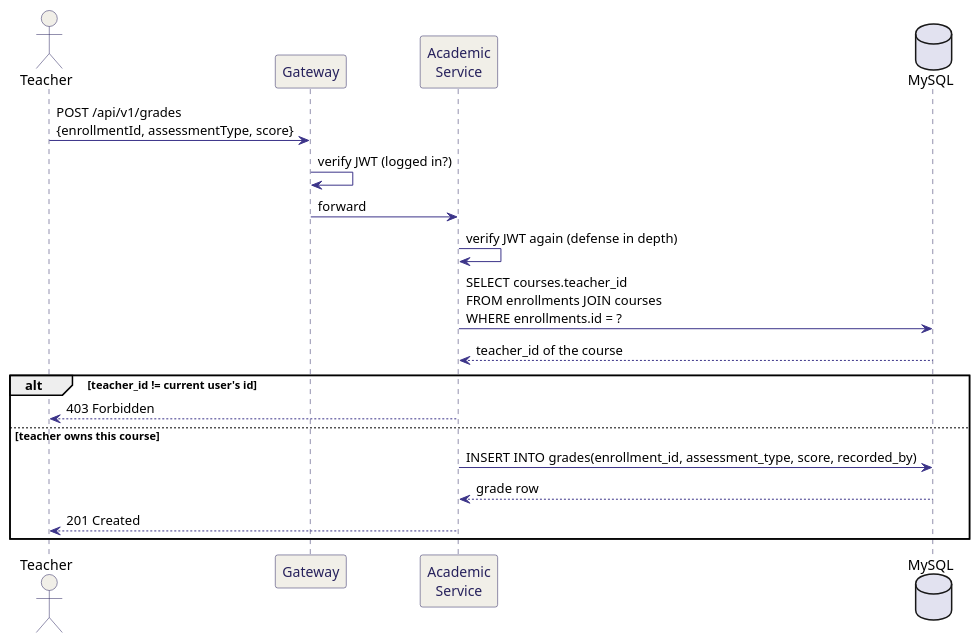
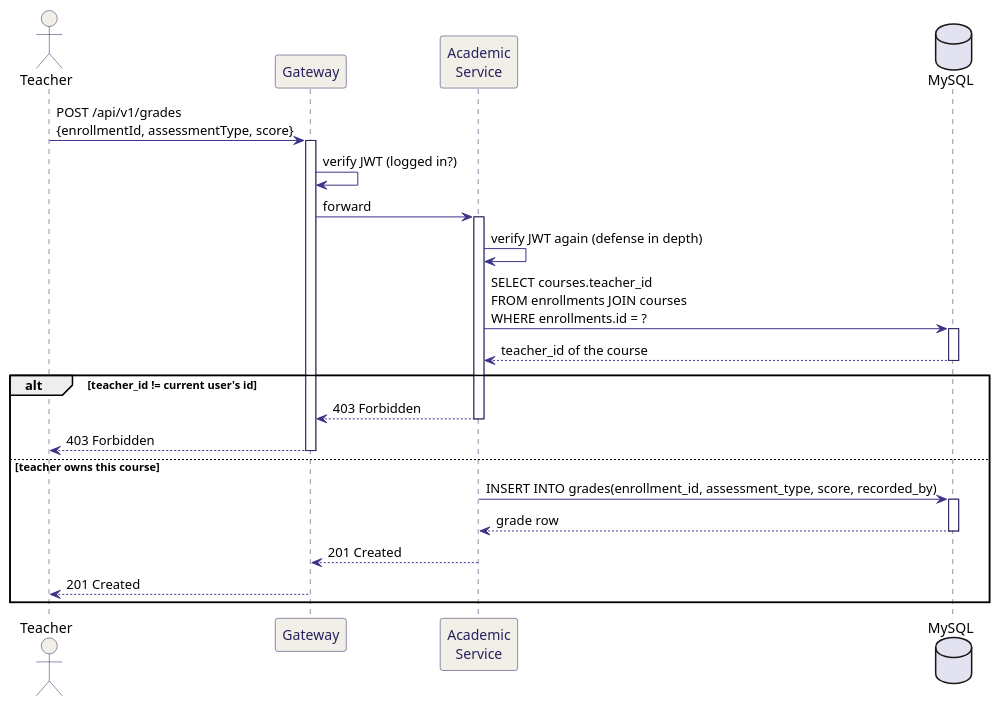
One commit to Suraku237/MarketFlow changed the diagram in documentation/figures/smartschool/05_seq_grade.puml. Above: the diagram before and after it, drawn with PlantUML. The commit also changed 18 other files, not shown here.

Commit message:
fixing the diagrams and arranging the documentation -----------

```diff
--- a/documentation/figures/smartschool/05_seq_grade.puml
+++ b/documentation/figures/smartschool/05_seq_grade.puml
@@ -1,34 +1,37 @@
 @startuml 05_seq_grade
 skinparam backgroundColor white
 skinparam shadowing false
 skinparam defaultFontName Helvetica
 skinparam sequence {
   ArrowColor #3C3489
   LifeLineBorderColor #26215C
   ParticipantBorderColor #26215C
   ParticipantBackgroundColor #F1EFE8
   ParticipantFontColor #26215C
   ActorBorderColor #26215C
   ActorBackgroundColor #F1EFE8
+  BoxBorderColor #26215C
 }
 
 actor Teacher
 participant "Gateway" as GW
 participant "Academic\nService" as Academic
 database "MySQL" as DB
 
-Teacher -> GW : POST /api/v1/grades\n{enrollmentId, assessmentType, score}
+Teacher -> GW ++ : POST /api/v1/grades\n{enrollmentId, assessmentType, score}
 GW -> GW : verify JWT (logged in?)
-GW -> Academic : forward
+GW -> Academic ++ : forward
 Academic -> Academic : verify JWT again (defense in depth)
-Academic -> DB : SELECT courses.teacher_id\nFROM enrollments JOIN courses\nWHERE enrollments.id = ?
-DB --> Academic : teacher_id of the course
+Academic -> DB ++ : SELECT courses.teacher_id\nFROM enrollments JOIN courses\nWHERE enrollments.id = ?
+DB --> Academic -- : teacher_id of the course
 
 alt teacher_id != current user's id
-  Academic --> Teacher : 403 Forbidden
+  Academic --> GW -- : 403 Forbidden
+  GW --> Teacher -- : 403 Forbidden
 else teacher owns this course
-  Academic -> DB : INSERT INTO grades(enrollment_id, assessment_type, score, recorded_by)
-  DB --> Academic : grade row
-  Academic --> Teacher : 201 Created
+  Academic -> DB ++ : INSERT INTO grades(enrollment_id, assessment_type, score, recorded_by)
+  DB --> Academic -- : grade row
+  Academic --> GW -- : 201 Created
+  GW --> Teacher -- : 201 Created
 end
 @enduml
```
